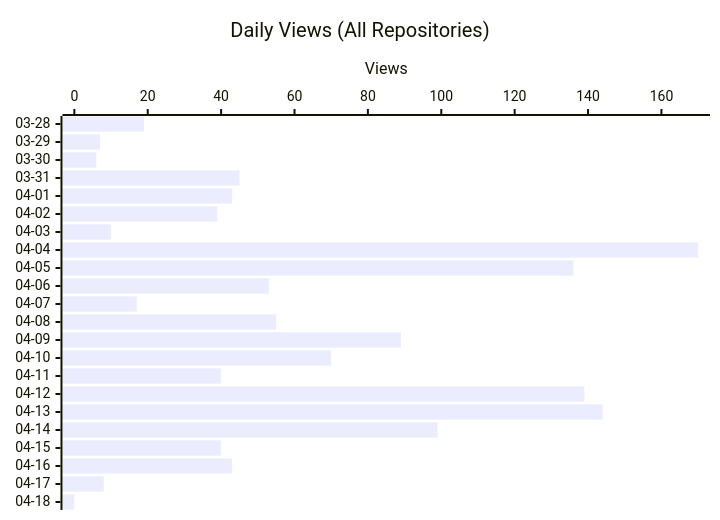
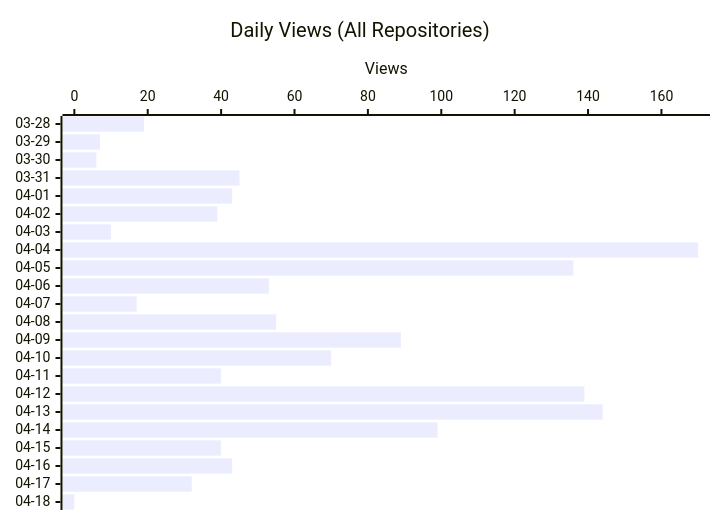
One commit to shigechika/github-insights changed the second of 3 diagrams in README.md. Above: the diagram before and after it, drawn with Mermaid. The commit also changed other lines of this file and 1 other file, not shown here.

````diff
--- a/README.md
+++ b/README.md
@@ -24,7 +24,7 @@
 ```mermaid
 xychart-beta horizontal
     title "Daily Views (All Repositories)"
     x-axis ["03-28", "03-29", "03-30", "03-31", "04-01", "04-02", "04-03", "04-04", "04-05", "04-06", "04-07", "04-08", "04-09", "04-10", "04-11", "04-12", "04-13", "04-14", "04-15", "04-16", "04-17", "04-18"]
     y-axis "Views"
-    bar [19, 7, 6, 45, 43, 39, 10, 170, 136, 53, 17, 55, 89, 70, 40, 139, 144, 99, 40, 43, 8, 0]
+    bar [19, 7, 6, 45, 43, 39, 10, 170, 136, 53, 17, 55, 89, 70, 40, 139, 144, 99, 40, 43, 32, 0]
 ```
````
